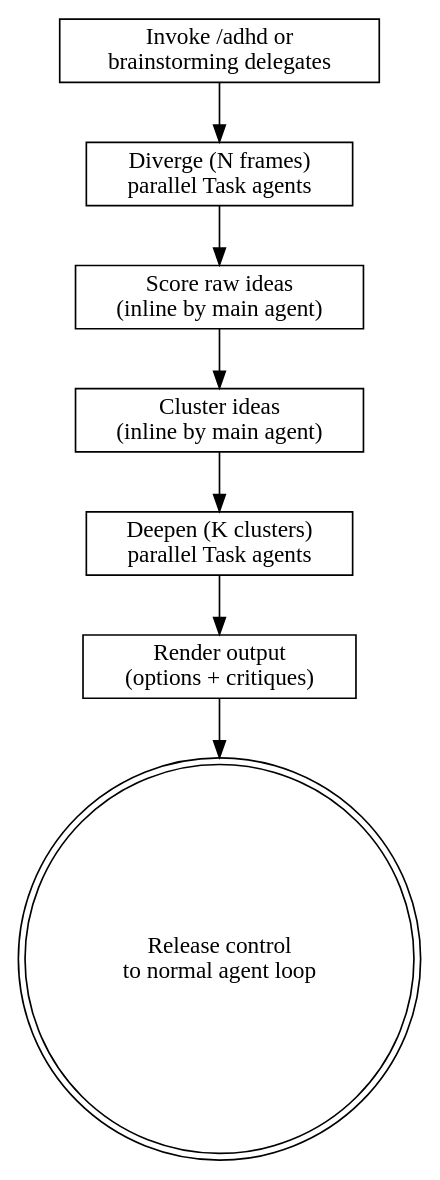
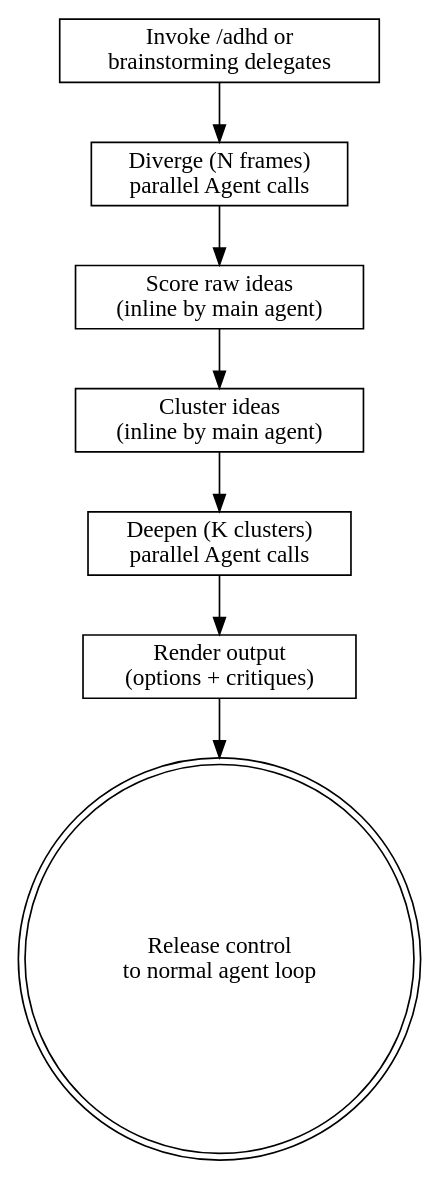
The diagram in skills/adhd/SKILL.md (zpyoung/quirk), drawn with Graphviz before and after one commit. The commit also changed other lines of this file and 18 other files, not shown here.

First line of the commit message:
fix(skills): rename the `Task` tool to `Agent` and harden the offline fallbacks (#38)

````diff
--- a/skills/adhd/SKILL.md
+++ b/skills/adhd/SKILL.md
@@ -35,18 +35,18 @@
 ```dot
 digraph adhd {
     "Invoke /adhd or\nbrainstorming delegates" [shape=box];
     "Score raw ideas\n(inline by main agent)" [shape=box];
     "Cluster ideas\n(inline by main agent)" [shape=box];
-    "Diverge (N frames)\nparallel Task agents" [shape=box];
-    "Deepen (K clusters)\nparallel Task agents" [shape=box];
+    "Diverge (N frames)\nparallel Agent calls" [shape=box];
+    "Deepen (K clusters)\nparallel Agent calls" [shape=box];
     "Render output\n(options + critiques)" [shape=box];
     "Release control\nto normal agent loop" [shape=doublecircle];
 
-    "Invoke /adhd or\nbrainstorming delegates" -> "Diverge (N frames)\nparallel Task agents";
-    "Diverge (N frames)\nparallel Task agents" -> "Score raw ideas\n(inline by main agent)";
+    "Invoke /adhd or\nbrainstorming delegates" -> "Diverge (N frames)\nparallel Agent calls";
+    "Diverge (N frames)\nparallel Agent calls" -> "Score raw ideas\n(inline by main agent)";
     "Score raw ideas\n(inline by main agent)" -> "Cluster ideas\n(inline by main agent)";
-    "Cluster ideas\n(inline by main agent)" -> "Deepen (K clusters)\nparallel Task agents";
-    "Deepen (K clusters)\nparallel Task agents" -> "Render output\n(options + critiques)";
+    "Cluster ideas\n(inline by main agent)" -> "Deepen (K clusters)\nparallel Agent calls";
+    "Deepen (K clusters)\nparallel Agent calls" -> "Render output\n(options + critiques)";
     "Render output\n(options + critiques)" -> "Release control\nto normal agent loop";
 }
 ```
````
